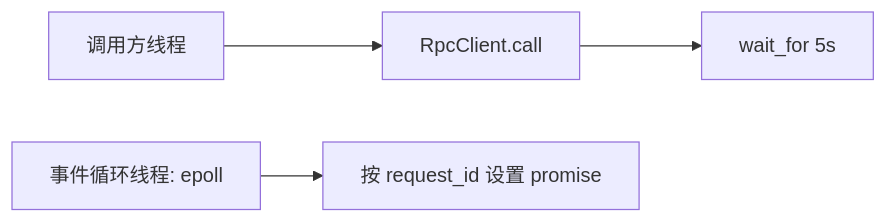
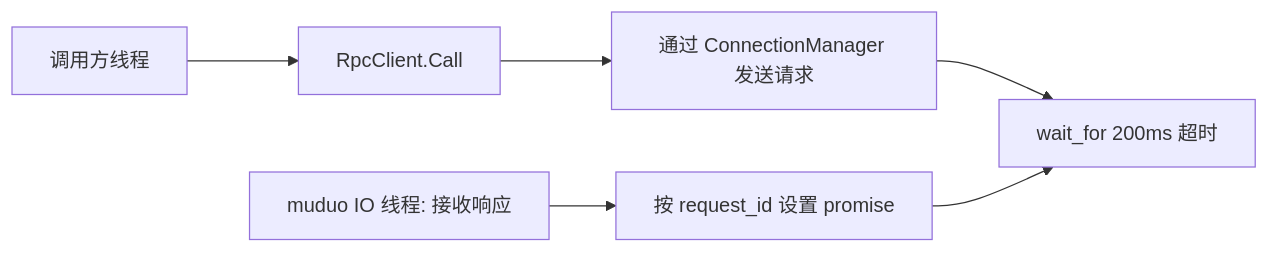
Before and after one commit to desyang-hub/mini-rpc: the third of 3 diagrams in docs/zh/guide/architecture.md, drawn with Mermaid. The commit also changed other lines of this file and 17 other files, not shown here.

````diff
--- a/docs/zh/guide/architecture.md
+++ b/docs/zh/guide/architecture.md
@@ -126,6 +120,9 @@
 ```mermaid
 graph LR
-    Caller[调用方线程] --> Call[RpcClient.call]
-    Call --> Future[wait_for 5s]
-    Handler[事件循环线程: epoll] --> Response[按 request_id 设置 promise]
+    Caller[调用方线程] --> Call[RpcClient.Call]
+    Call --> Send[通过 ConnectionManager 发送请求]
+    Send --> Wait[wait_for 200ms 超时]
+    Handler[muduo IO 线程: 接收响应]
+    Handler --> Match[按 request_id 设置 promise]
+    Match --> Wait
 ```
````
